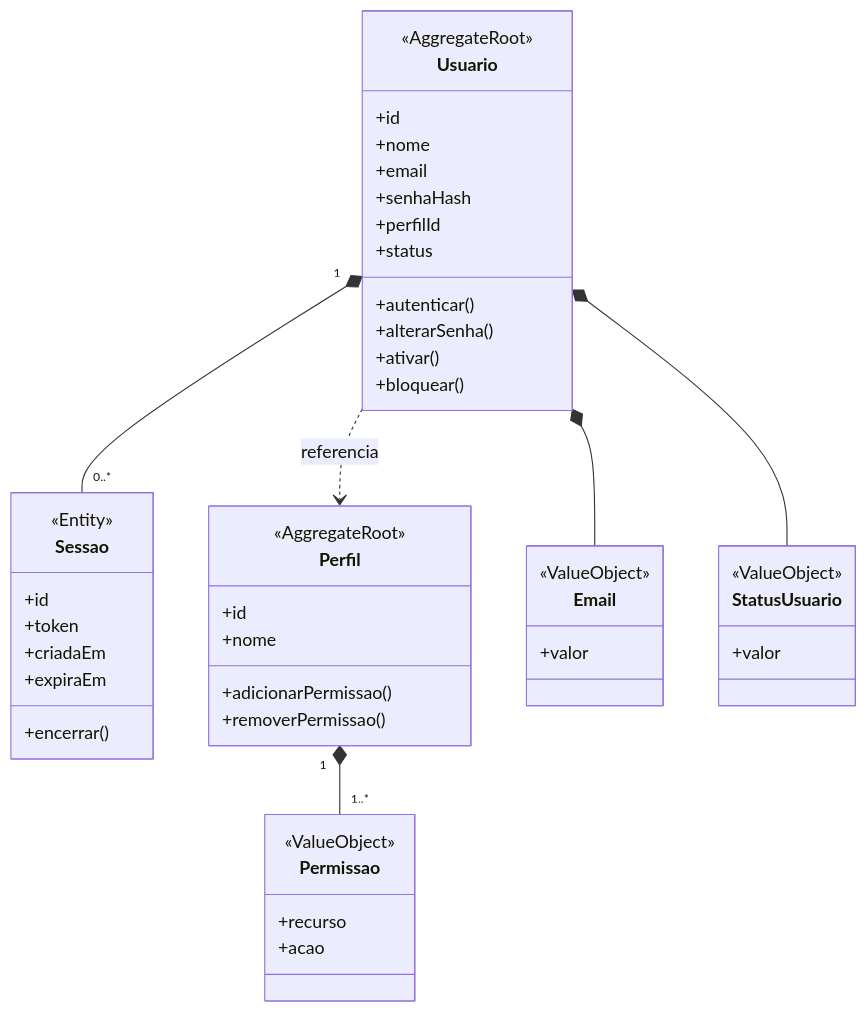
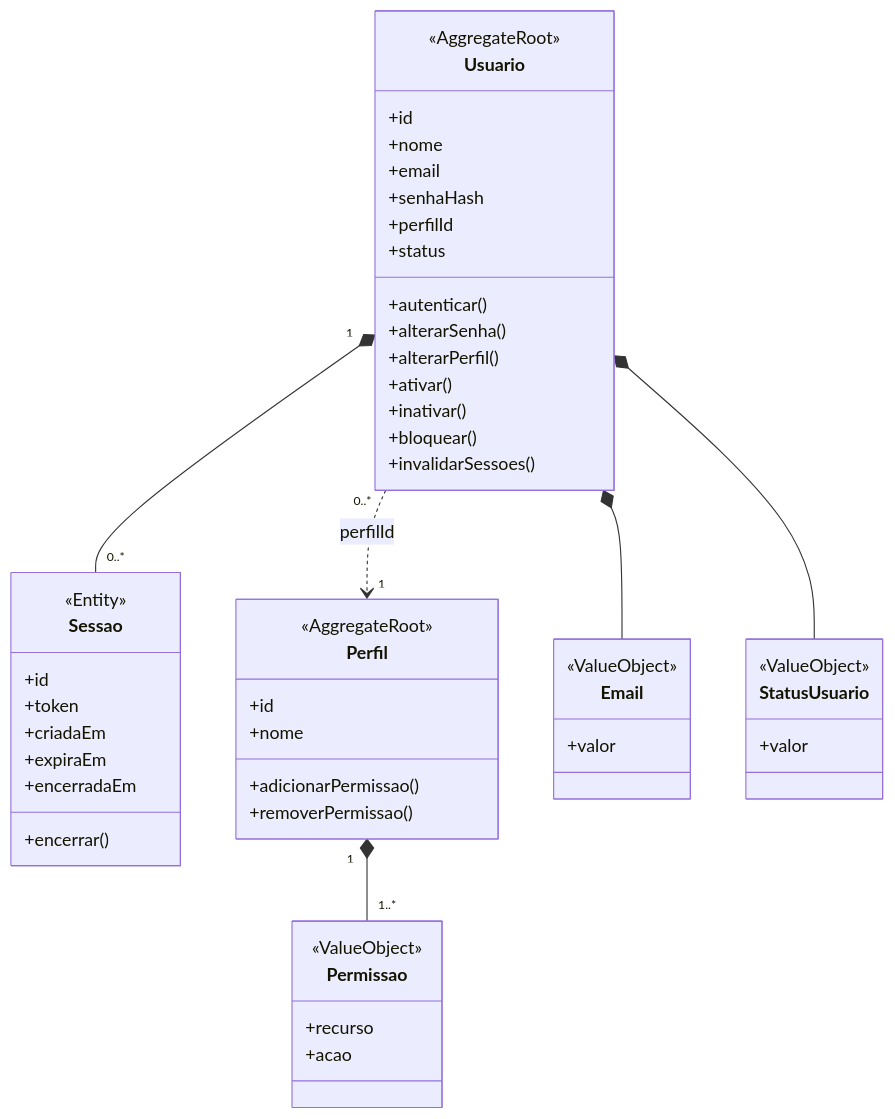
One commit to TechChallengeFiap/Quimovia changed the sixth of 6 diagrams in docs/02-modelagem-com-ddd.md. Above: the diagram before and after it, drawn with Mermaid. The commit also changed other lines of this file, not shown here.

````diff
--- a/docs/02-modelagem-com-ddd.md
+++ b/docs/02-modelagem-com-ddd.md
@@ -303,55 +415,60 @@
 ```mermaid
 classDiagram
+    direction TB
     class Usuario {
         <<AggregateRoot>>
         +id
         +nome
         +email
         +senhaHash
         +perfilId
         +status
         +autenticar()
         +alterarSenha()
+        +alterarPerfil()
         +ativar()
+        +inativar()
         +bloquear()
+        +invalidarSessoes()
     }
 
     class Sessao {
         <<Entity>>
         +id
         +token
         +criadaEm
         +expiraEm
+        +encerradaEm
         +encerrar()
     }
 
     class Perfil {
         <<AggregateRoot>>
         +id
         +nome
         +adicionarPermissao()
         +removerPermissao()
     }
 
     class Email {
         <<ValueObject>>
         +valor
     }
 
     class StatusUsuario {
         <<ValueObject>>
         +valor
     }
 
     class Permissao {
         <<ValueObject>>
         +recurso
         +acao
     }
 
     Usuario "1" *-- "0..*" Sessao
     Usuario *-- Email
     Usuario *-- StatusUsuario
-    Usuario ..> Perfil : referencia
+    Usuario "0..*" ..> "1" Perfil : perfilId
     Perfil "1" *-- "1..*" Permissao
 ```
````
